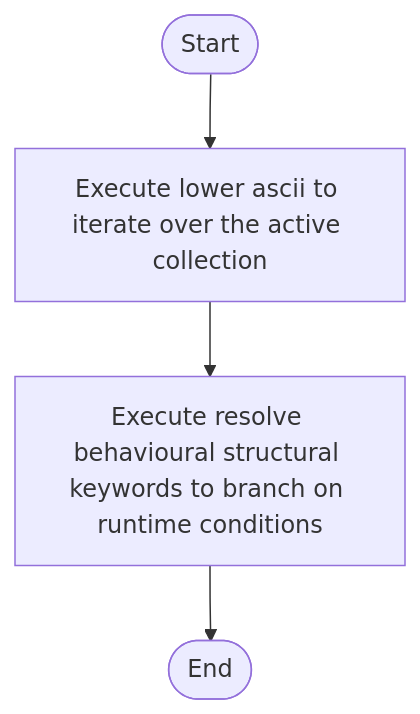
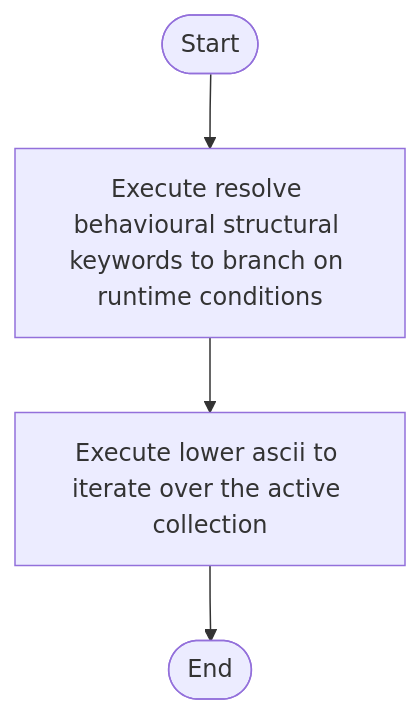
The diagram in docs/Codebase/Microservice/Modules/Source/Behavioural/Logic/behavioural_structural_hooks.cpp.md (JohnAndrewBalbarosa/NeoTerritory), drawn with Mermaid before and after one commit. The commit also changed 148 other files, not shown here.

````diff
--- a/docs/Codebase/Microservice/Modules/Source/Behavioural/Logic/behavioural_structural_hooks.cpp.md
+++ b/docs/Codebase/Microservice/Modules/Source/Behavioural/Logic/behavioural_structural_hooks.cpp.md
@@ -23,10 +23,10 @@
 ```mermaid
 flowchart TD
     Start([Start])
-    N0[Execute lower ascii to iterate over the active collection]
-    N1[Execute resolve behavioural structural keywords to branch on runtime conditions]
+    N0[Execute resolve behavioural structural keywords to branch on runtime conditions]
+    N1[Execute lower ascii to iterate over the active collection]
     End([End])
     Start --> N0
     N0 --> N1
     N1 --> End
 ```
````
